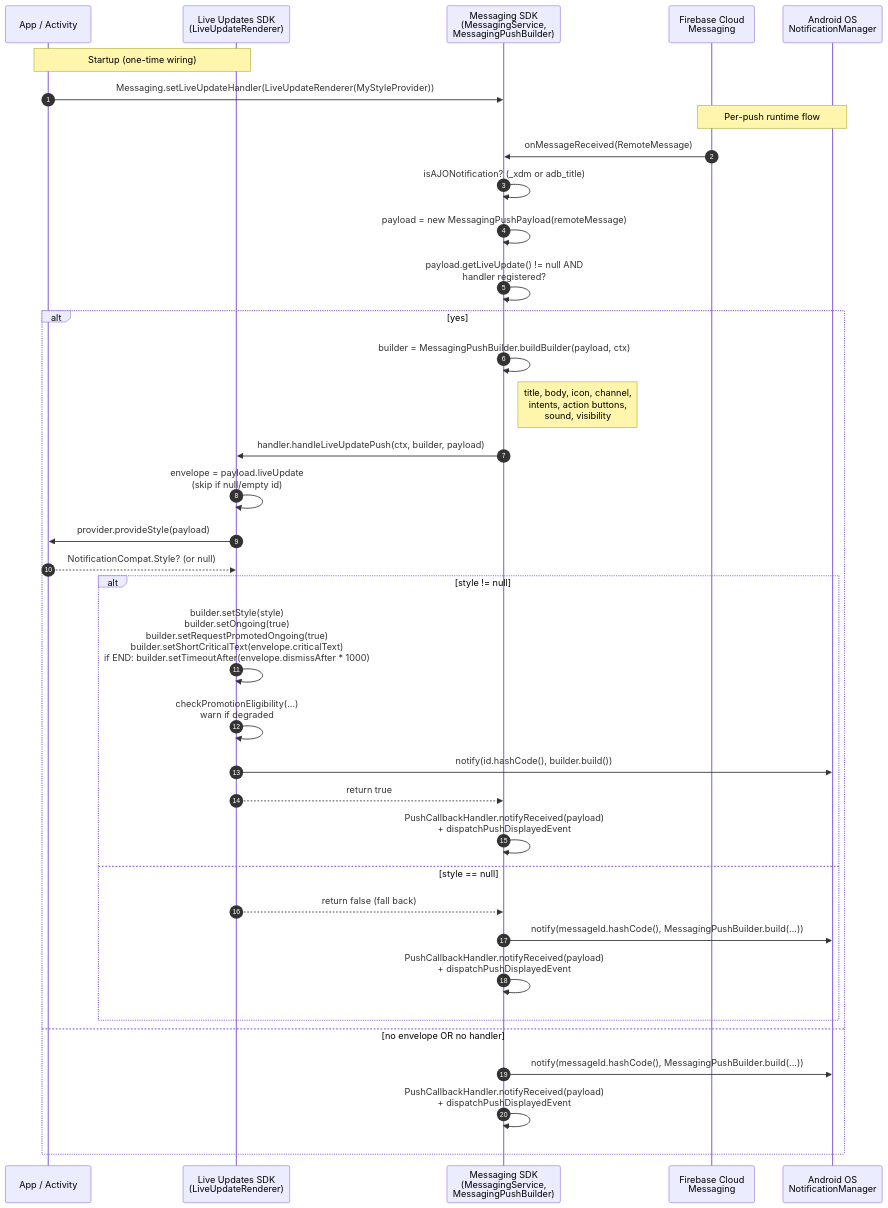
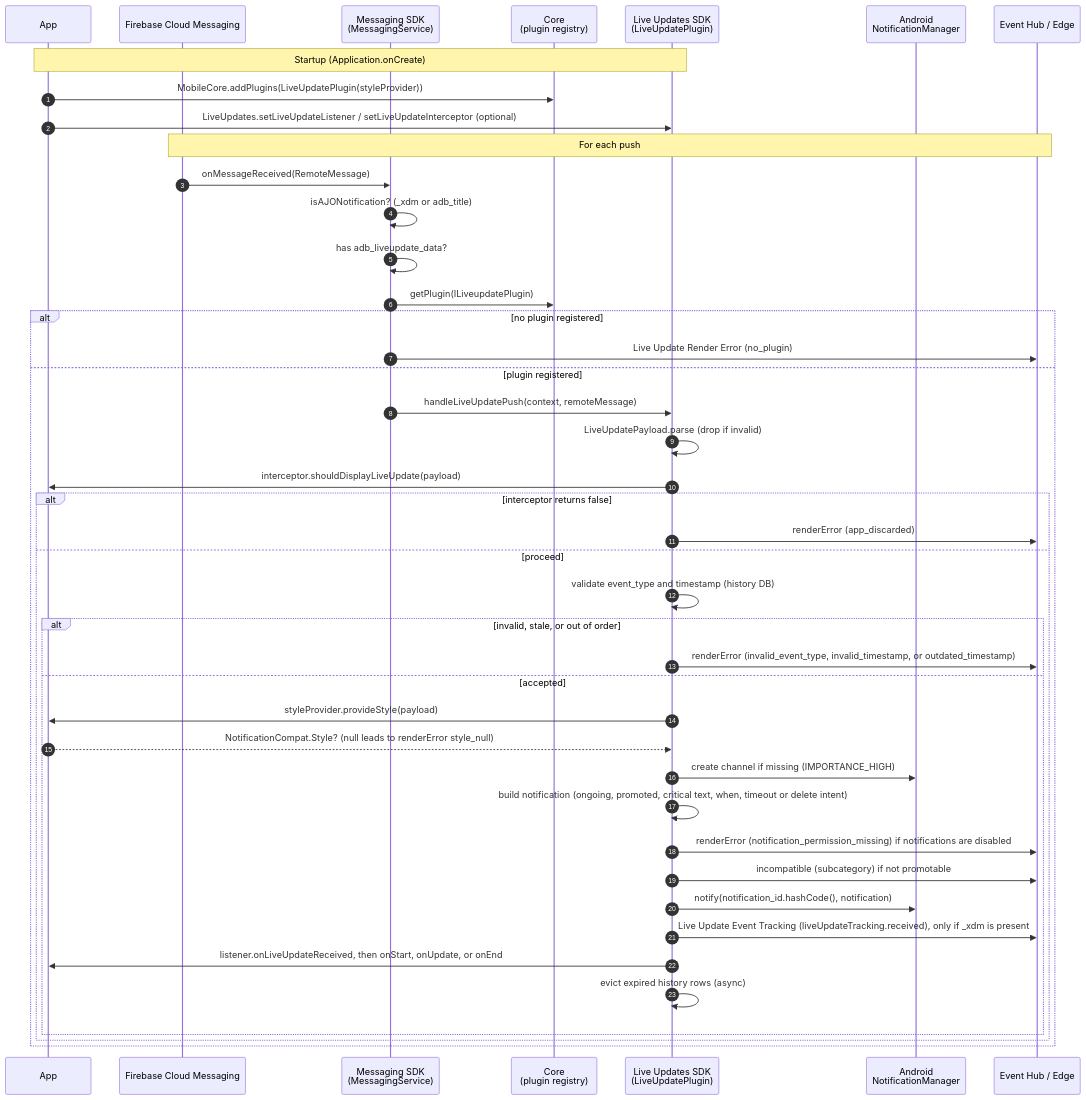
The second of 3 diagrams in Documentation/architecture.md (adobe/aepsdk-liveupdates-android), drawn with Mermaid before and after one commit. The commit also changed other lines of this file and 8 other files, not shown here.

````diff
--- a/Documentation/architecture.md
+++ b/Documentation/architecture.md
@@ -329,43 +113,47 @@
 ```mermaid
 sequenceDiagram
     autonumber
-    participant App as App / Activity
-    participant LUSDK as Live Updates SDK<br/>(LiveUpdateRenderer)
-    participant Msg as Messaging SDK<br/>(MessagingService,<br/>MessagingPushBuilder)
-    participant FCM as Firebase Cloud<br/>Messaging
-    participant OS as Android OS<br/>NotificationManager
+    participant App as App
+    participant FCM as Firebase Cloud Messaging
+    participant Msg as Messaging SDK<br/>(MessagingService)
+    participant Core as Core<br/>(plugin registry)
+    participant LU as Live Updates SDK<br/>(LiveUpdatePlugin)
+    participant OS as Android<br/>NotificationManager
+    participant Hub as Event Hub / Edge
 
-    Note over App,LUSDK: Startup (one-time wiring)
-    App->>Msg: Messaging.setLiveUpdateHandler(LiveUpdateRenderer(MyStyleProvider))
+    Note over App,LU: Startup (Application.onCreate)
+    App->>Core: MobileCore.addPlugins(LiveUpdatePlugin(styleProvider))
+    App->>LU: LiveUpdates.setLiveUpdateListener / setLiveUpdateInterceptor (optional)
 
-    Note over FCM,OS: Per-push runtime flow
+    Note over FCM,Hub: For each push
     FCM->>Msg: onMessageReceived(RemoteMessage)
     Msg->>Msg: isAJONotification? (_xdm or adb_title)
-    Msg->>Msg: payload = new MessagingPushPayload(remoteMessage)
-    Msg->>Msg: payload.getLiveUpdate() != null AND<br/>handler registered?
-
-    alt yes
-        Msg->>Msg: builder = MessagingPushBuilder.buildBuilder(payload, ctx)
-        Note right of Msg: title, body, icon, channel,<br/>intents, action buttons,<br/>sound, visibility
-        Msg->>LUSDK: handler.handleLiveUpdatePush(ctx, builder, payload)
-        LUSDK->>LUSDK: envelope = payload.liveUpdate<br/>(skip if null/empty id)
-        LUSDK->>App: provider.provideStyle(payload)
-        App-->>LUSDK: NotificationCompat.Style? (or null)
-
-        alt style != null
-            LUSDK->>LUSDK: builder.setStyle(style)<br/>builder.setOngoing(true)<br/>builder.setRequestPromotedOngoing(true)<br/>builder.setShortCriticalText(envelope.criticalText)<br/>if END: builder.setTimeoutAfter(envelope.dismissAfter * 1000)
-            LUSDK->>LUSDK: checkPromotionEligibility(...)<br/>warn if degraded
-            LUSDK->>OS: notify(id.hashCode(), builder.build())
-            LUSDK-->>Msg: return true
-            Msg->>Msg: PushCallbackHandler.notifyReceived(payload)<br/>+ dispatchPushDisplayedEvent
-        else style == null
-            LUSDK-->>Msg: return false (fall back)
-            Msg->>OS: notify(messageId.hashCode(), MessagingPushBuilder.build(...))
-            Msg->>Msg: PushCallbackHandler.notifyReceived(payload)<br/>+ dispatchPushDisplayedEvent
+    Msg->>Msg: has adb_liveupdate_data?
+    Msg->>Core: getPlugin(ILiveupdatePlugin)
+    alt no plugin registered
+        Msg->>Hub: Live Update Render Error (no_plugin)
+    else plugin registered
+        Msg->>LU: handleLiveUpdatePush(context, remoteMessage)
+        LU->>LU: LiveUpdatePayload.parse (drop if invalid)
+        LU->>App: interceptor.shouldDisplayLiveUpdate(payload)
+        alt interceptor returns false
+            LU->>Hub: renderError (app_discarded)
+        else proceed
+            LU->>LU: validate event_type and timestamp (history DB)
+            alt invalid, stale, or out of order
+                LU->>Hub: renderError (invalid_event_type, invalid_timestamp, or outdated_timestamp)
+            else accepted
+                LU->>App: styleProvider.provideStyle(payload)
+                App-->>LU: NotificationCompat.Style? (null leads to renderError style_null)
+                LU->>OS: create channel if missing (IMPORTANCE_HIGH)
+                LU->>LU: build notification (ongoing, promoted, critical text, when, timeout or delete intent)
+                LU->>Hub: renderError (notification_permission_missing) if notifications are disabled
+                LU->>Hub: incompatible (subcategory) if not promotable
+                LU->>OS: notify(notification_id.hashCode(), notification)
+                LU->>Hub: Live Update Event Tracking (liveUpdateTracking.received), only if _xdm is present
+                LU->>App: listener.onLiveUpdateReceived, then onStart, onUpdate, or onEnd
+                LU->>LU: evict expired history rows (async)
+            end
         end
-
-    else no envelope OR no handler
-        Msg->>OS: notify(messageId.hashCode(), MessagingPushBuilder.build(...))
-        Msg->>Msg: PushCallbackHandler.notifyReceived(payload)<br/>+ dispatchPushDisplayedEvent
     end
 ```
````
